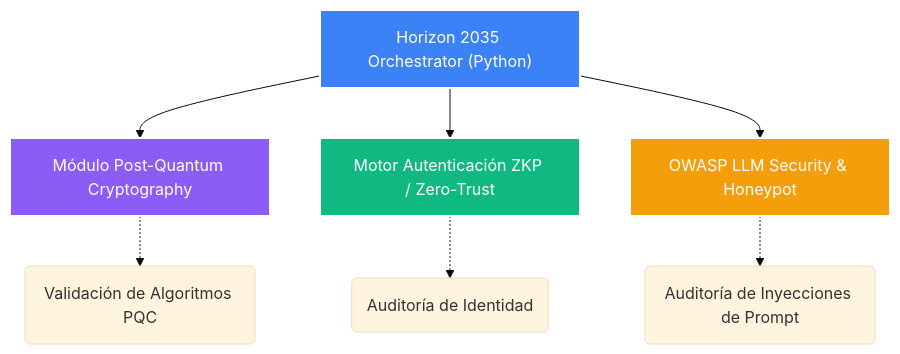
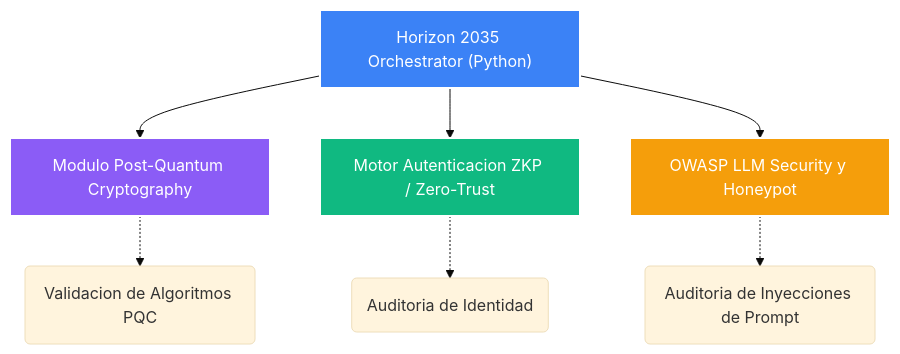
The diagram in README.md (Tardigrado-76/horizont-2035), drawn with Mermaid (base theme) before and after one commit. The commit also changed other lines of this file, not shown here.

````diff
--- a/README.md
+++ b/README.md
@@ -20,17 +20,17 @@
 ```mermaid
 flowchart TD
     classDef orchestrator fill:#3b82f6,stroke:#fff,stroke-width:2px,color:#fff;
     classDef pqc fill:#8b5cf6,stroke:#fff,stroke-width:2px,color:#fff;
     classDef zkp fill:#10b981,stroke:#fff,stroke-width:2px,color:#fff;
     classDef llm fill:#f59e0b,stroke:#fff,stroke-width:2px,color:#fff;
 
     Orch["Horizon 2035 Orchestrator (Python)"]:::orchestrator
     
-    Orch --> PQC["Módulo Post-Quantum Cryptography"]:::pqc
-    Orch --> ZKP["Motor Autenticación ZKP / Zero-Trust"]:::zkp
-    Orch --> LLM["OWASP LLM Security & Honeypot"]:::llm
+    Orch --> PQC["Modulo Post-Quantum Cryptography"]:::pqc
+    Orch --> ZKP["Motor Autenticacion ZKP / Zero-Trust"]:::zkp
+    Orch --> LLM["OWASP LLM Security y Honeypot"]:::llm
     
-    PQC -.-> Crypto("Validación de Algoritmos PQC")
-    ZKP -.-> Auth("Auditoría de Identidad")
-    LLM -.-> Sec("Auditoría de Inyecciones de Prompt")
+    PQC -.-> Crypto("Validacion de Algoritmos PQC")
+    ZKP -.-> Auth("Auditoria de Identidad")
+    LLM -.-> Sec("Auditoria de Inyecciones de Prompt")
 ```
````
